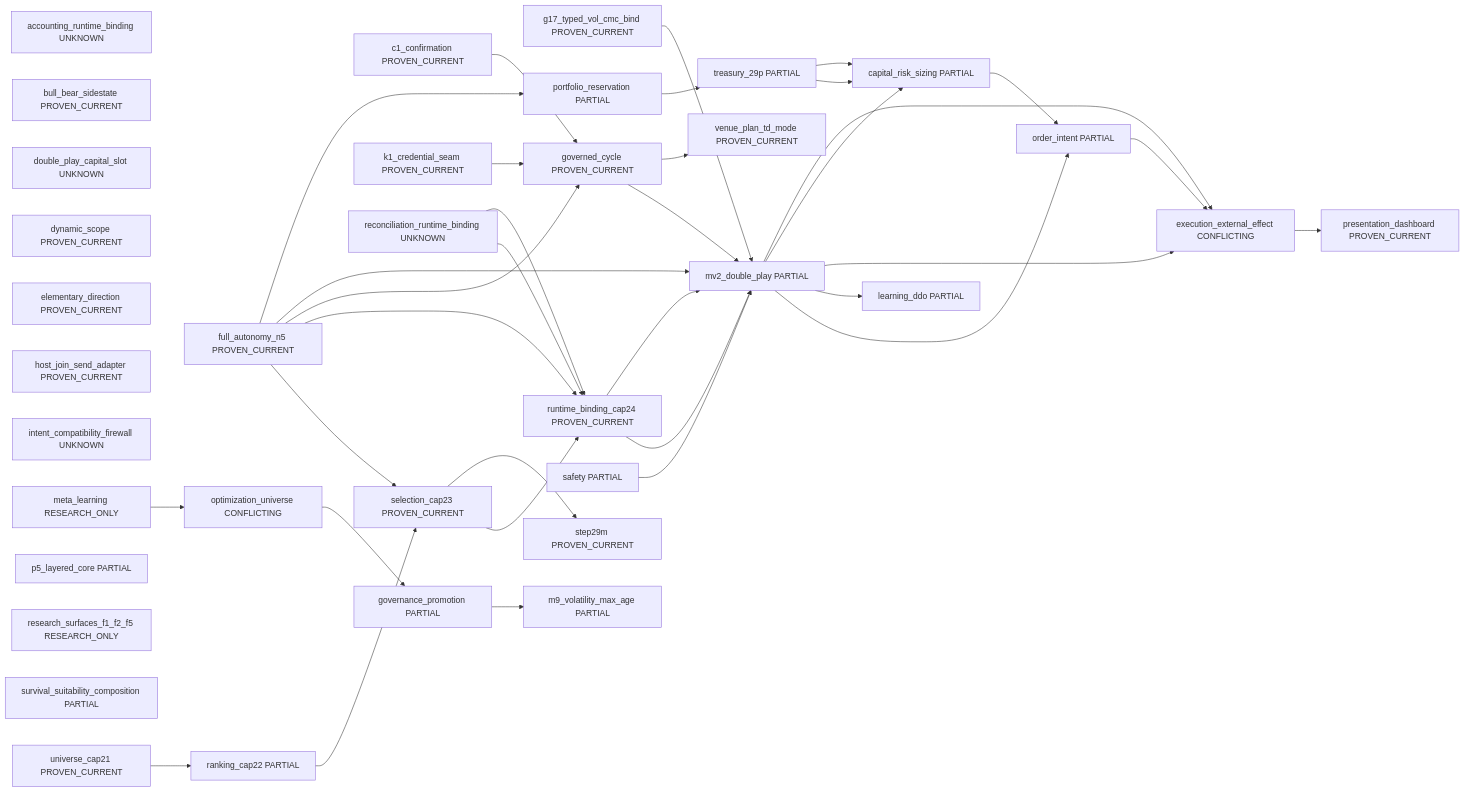
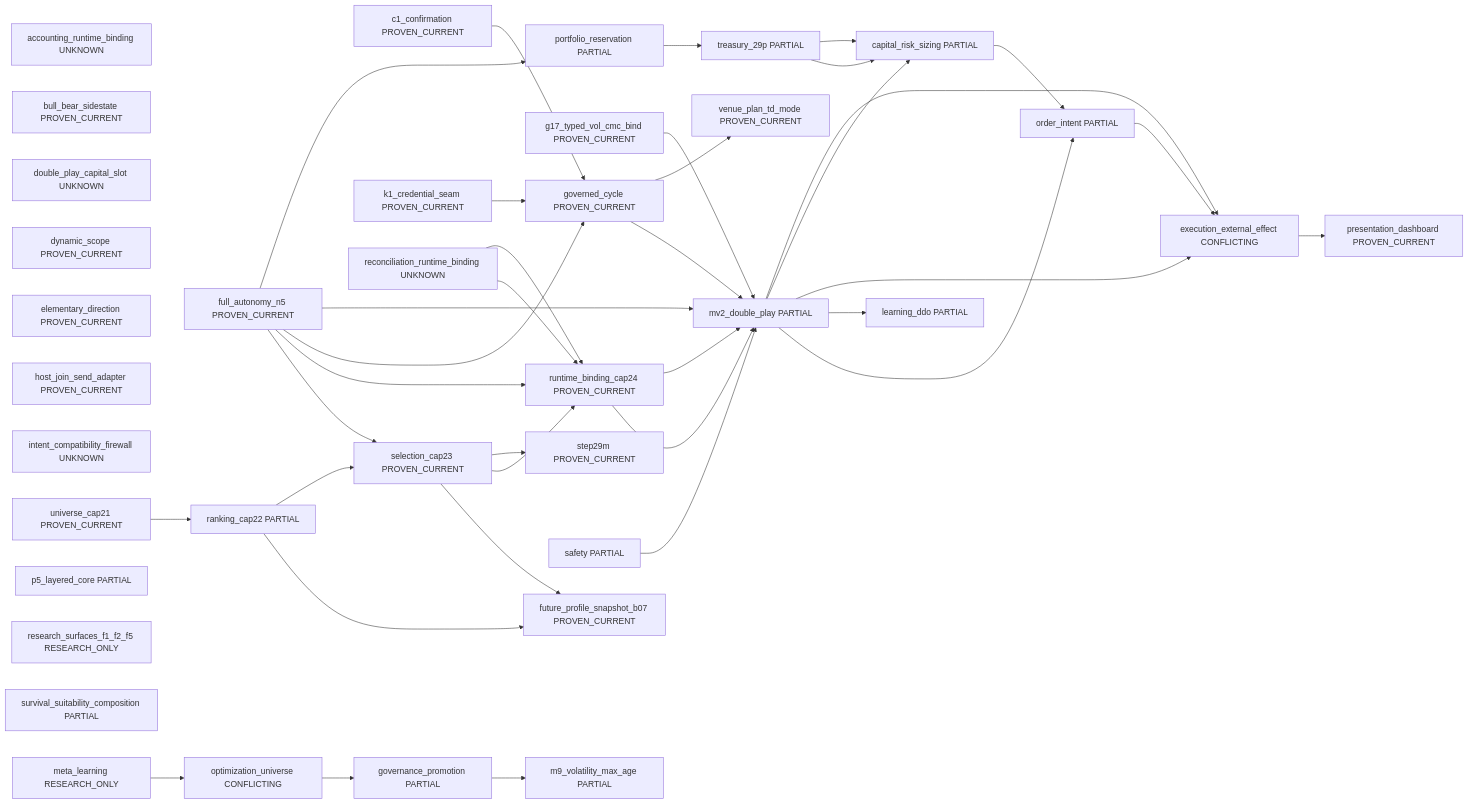
The diagram in docs/governance/current_system_interaction_authority_map_v1/generated/system_landscape_v1.md (rauterfrank-ui/Peak_Trade), drawn with Mermaid before and after one commit. The commit also changed other lines of this file and 18 other files, not shown here.

First line of the commit message:
Implement B07 future profile snapshot (#6837)

````diff
--- a/docs/governance/current_system_interaction_authority_map_v1/generated/system_landscape_v1.md
+++ b/docs/governance/current_system_interaction_authority_map_v1/generated/system_landscape_v1.md
@@ -7,71 +7,74 @@
 ```mermaid
 flowchart LR
   accounting_runtime_binding["accounting_runtime_binding UNKNOWN"]
   bull_bear_sidestate["bull_bear_sidestate PROVEN_CURRENT"]
   c1_confirmation["c1_confirmation PROVEN_CURRENT"]
   capital_risk_sizing["capital_risk_sizing PARTIAL"]
   double_play_capital_slot["double_play_capital_slot UNKNOWN"]
   dynamic_scope["dynamic_scope PROVEN_CURRENT"]
   elementary_direction["elementary_direction PROVEN_CURRENT"]
   execution_external_effect["execution_external_effect CONFLICTING"]
   full_autonomy_n5["full_autonomy_n5 PROVEN_CURRENT"]
+  future_profile_snapshot_b07["future_profile_snapshot_b07 PROVEN_CURRENT"]
   g17_typed_vol_cmc_bind["g17_typed_vol_cmc_bind PROVEN_CURRENT"]
   governance_promotion["governance_promotion PARTIAL"]
   governed_cycle["governed_cycle PROVEN_CURRENT"]
   host_join_send_adapter["host_join_send_adapter PROVEN_CURRENT"]
   intent_compatibility_firewall["intent_compatibility_firewall UNKNOWN"]
   k1_credential_seam["k1_credential_seam PROVEN_CURRENT"]
   learning_ddo["learning_ddo PARTIAL"]
   m9_volatility_max_age["m9_volatility_max_age PARTIAL"]
   meta_learning["meta_learning RESEARCH_ONLY"]
   mv2_double_play["mv2_double_play PARTIAL"]
   optimization_universe["optimization_universe CONFLICTING"]
   order_intent["order_intent PARTIAL"]
   p5_layered_core["p5_layered_core PARTIAL"]
   portfolio_reservation["portfolio_reservation PARTIAL"]
   presentation_dashboard["presentation_dashboard PROVEN_CURRENT"]
   ranking_cap22["ranking_cap22 PARTIAL"]
   reconciliation_runtime_binding["reconciliation_runtime_binding UNKNOWN"]
   research_surfaces_f1_f2_f5["research_surfaces_f1_f2_f5 RESEARCH_ONLY"]
   runtime_binding_cap24["runtime_binding_cap24 PROVEN_CURRENT"]
   safety["safety PARTIAL"]
   selection_cap23["selection_cap23 PROVEN_CURRENT"]
   step29m["step29m PROVEN_CURRENT"]
   survival_suitability_composition["survival_suitability_composition PARTIAL"]
   treasury_29p["treasury_29p PARTIAL"]
   universe_cap21["universe_cap21 PROVEN_CURRENT"]
   venue_plan_td_mode["venue_plan_td_mode PROVEN_CURRENT"]
   governance_promotion --> m9_volatility_max_age
   runtime_binding_cap24 --> mv2_double_play
   c1_confirmation --> governed_cycle
   execution_external_effect --> presentation_dashboard
   treasury_29p --> capital_risk_sizing
   full_autonomy_n5 --> selection_cap23
   full_autonomy_n5 --> runtime_binding_cap24
   full_autonomy_n5 --> governed_cycle
   full_autonomy_n5 --> mv2_double_play
   full_autonomy_n5 --> portfolio_reservation
   g17_typed_vol_cmc_bind --> mv2_double_play
   governed_cycle --> mv2_double_play
   governed_cycle --> venue_plan_td_mode
   mv2_double_play --> order_intent
   order_intent --> execution_external_effect
   k1_credential_seam --> governed_cycle
   mv2_double_play --> learning_ddo
   meta_learning --> optimization_universe
   mv2_double_play --> execution_external_effect
   mv2_double_play --> capital_risk_sizing
   mv2_double_play --> execution_external_effect
   optimization_universe --> governance_promotion
   portfolio_reservation --> treasury_29p
+  ranking_cap22 --> future_profile_snapshot_b07
   ranking_cap22 --> selection_cap23
   reconciliation_runtime_binding --> runtime_binding_cap24
   reconciliation_runtime_binding --> runtime_binding_cap24
   runtime_binding_cap24 --> mv2_double_play
   safety --> mv2_double_play
+  selection_cap23 --> future_profile_snapshot_b07
   selection_cap23 --> runtime_binding_cap24
   capital_risk_sizing --> order_intent
   selection_cap23 --> step29m
   treasury_29p --> capital_risk_sizing
   universe_cap21 --> ranking_cap22
 ```
````
